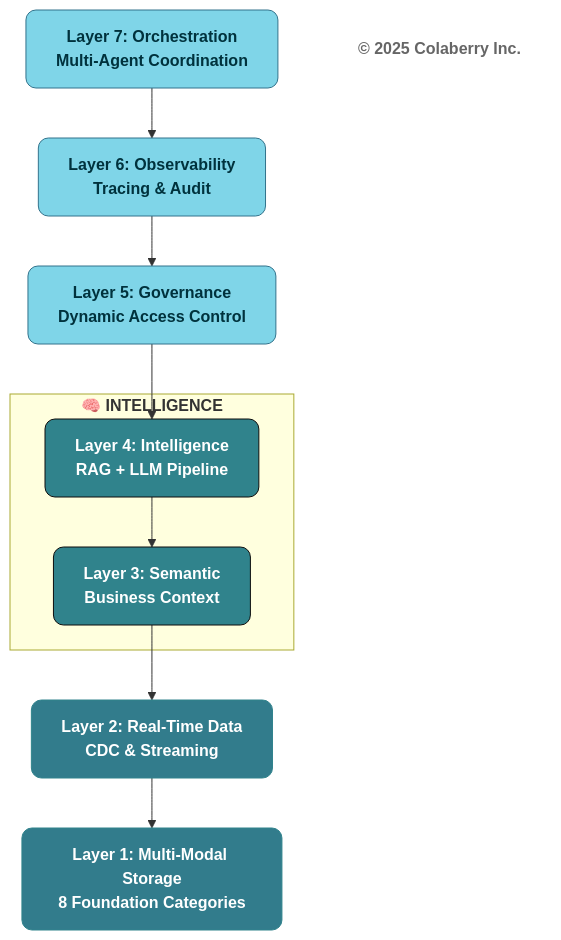
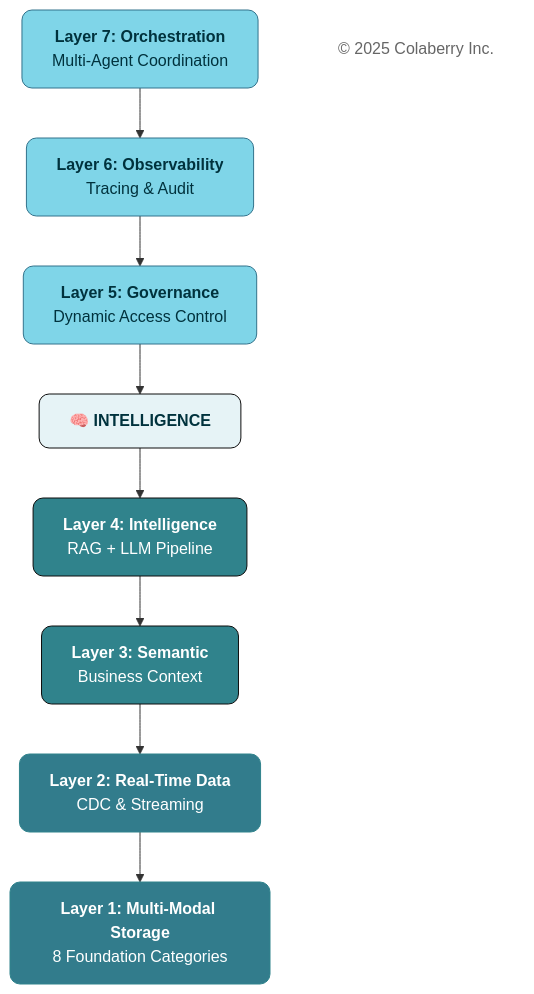
Before and after one commit to colaberry/trust-before-intelligence-book: the third of 13 diagrams in manuscript/06_chapter_5_intelligence_layers.md, drawn with Mermaid. The commit also changed other lines of this file, not shown here.

Commit message:
border and stroke update

````diff
--- a/manuscript/06_chapter_5_intelligence_layers.md
+++ b/manuscript/06_chapter_5_intelligence_layers.md
@@ -110,28 +110,32 @@
 ```mermaid
 graph TB
-    L7["<b>Layer 7: Orchestration</b><br/><b>Multi-Agent Coordination</b>"]
-    L6["<b>Layer 6: Observability</b><br/><b>Tracing & Audit</b>"]
-    L5["<b>Layer 5: Governance</b><br/><b>Dynamic Access Control</b>"]
-    
-    subgraph "<b>🧠 INTELLIGENCE</b>"
-        L4["<b>Layer 4: Intelligence</b><br/><b>RAG + LLM Pipeline</b>"]
-        L3["<b>Layer 3: Semantic</b><br/><b>Business Context</b>"]
-    end
-    
-    L2["<b>Layer 2: Real-Time Data</b><br/><b>CDC & Streaming</b>"]
-    L1["<b>Layer 1: Multi-Modal Storage</b><br/><b>8 Foundation Categories</b>"]
-    
-    Copyright["<b>© 2025 Colaberry Inc.</b>"]
-    
-    L7 --> L6 --> L5 --> L4 --> L3
-    L3 --> L2 --> L1
-    
+    %% Layers
+    L7["<b>Layer 7: Orchestration</b><br/>Multi-Agent Coordination"]
+    L6["<b>Layer 6: Observability</b><br/>Tracing & Audit"]
+    L5["<b>Layer 5: Governance</b><br/>Dynamic Access Control"]
+
+    %% Fake container node (INTELLIGENCE)
+    INTEL_BG["<b>🧠 INTELLIGENCE</b>"]
+
+    L4["<b>Layer 4: Intelligence</b><br/>RAG + LLM Pipeline"]
+    L3["<b>Layer 3: Semantic</b><br/>Business Context"]
+
+    L2["<b>Layer 2: Real-Time Data</b><br/>CDC & Streaming"]
+    L1["<b>Layer 1: Multi-Modal Storage</b><br/>8 Foundation Categories"]
+
+    Copyright["© 2025 Colaberry Inc."]
+
+    %% FlowÏÍ
+    L7 --> L6 --> L5 --> INTEL_BG
+    INTEL_BG --> L4 --> L3 --> L2 --> L1
+
     style L7 fill:#7FD5E8,stroke:#32738C,stroke-width:1px,color:#00323D,rx:10,ry:10
     style L6 fill:#7FD5E8,stroke:#32738C,stroke-width:1px,color:#00323D,rx:10,ry:10
     style L5 fill:#7FD5E8,stroke:#32738C,stroke-width:1px,color:#00323D,rx:10,ry:10
+    style INTEL_BG fill:#E6F3F6,stroke:#0D0D0D,stroke-width:1px,color:#00323D,rx:10,ry:10
     style L4 fill:#30838C,stroke:#0D0D0D,stroke-width:1px,color:#ffffff,rx:10,ry:10
     style L3 fill:#30838C,stroke:#0D0D0D,stroke-width:1px,color:#ffffff,rx:10,ry:10
     style L2 fill:#327C8C,stroke:#30838C,stroke-width:1px,color:#ffffff,rx:10,ry:10
     style L1 fill:#327C8C,stroke:#30838C,stroke-width:1px,color:#ffffff,rx:10,ry:10
     style Copyright fill:none,stroke:none,color:#666666
 ```
````
